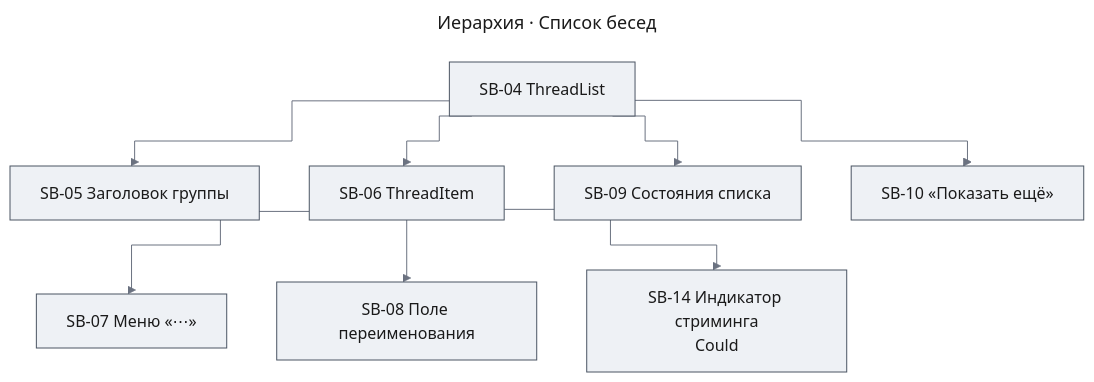
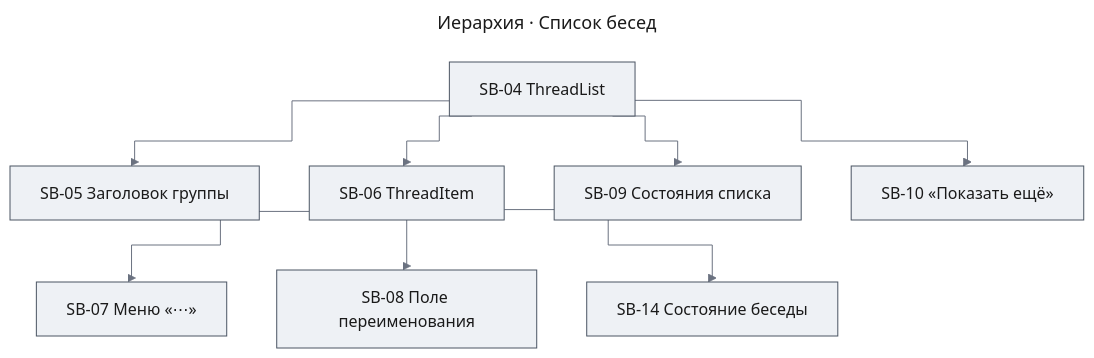
One commit to tundraray/agent-os changed the third of 14 diagrams in docs/features/chat-shell/uxrd.md. Above: the diagram before and after it, drawn with Mermaid. The commit also changed other lines of this file and 264 other files, not shown here.

````diff
--- a/docs/features/chat-shell/uxrd.md
+++ b/docs/features/chat-shell/uxrd.md
@@ -134,23 +134,23 @@
 ```mermaid
 ---
 title: "Иерархия · Список бесед"
 config:
   theme: base
   look: classic
   themeVariables:
     primaryColor: "#eef1f5"
     primaryBorderColor: "#4b5563"
     primaryTextColor: "#1a1a1a"
     lineColor: "#6b7280"
   flowchart:
     curve: step
 ---
 graph TD
     SB04["SB-04 ThreadList"] --> SB05["SB-05 Заголовок группы"]
     SB04 --> SB06["SB-06 ThreadItem"]
     SB04 --> SB09["SB-09 Состояния списка"]
     SB04 --> SB10["SB-10 «Показать ещё»"]
     SB06 --> SB07["SB-07 Меню «⋯»"]
     SB06 --> SB08["SB-08 Поле переименования"]
-    SB06 --> SB14["SB-14 Индикатор стриминга<br/>Could"]
+    SB06 --> SB14["SB-14 Состояние беседы"]
 ```
````
